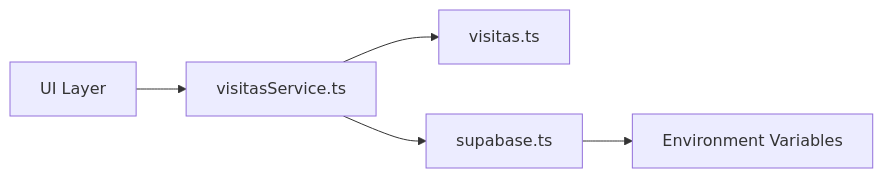
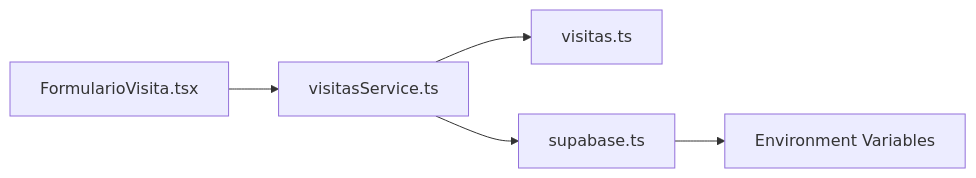
One commit to AgusCatra/simu-twin-web changed the fourth of 4 diagrams in .qoder/repowiki/en/content/Core Services & Business Logic/Visit Management Service.md. Above: the diagram before and after it, drawn with Mermaid. The commit also changed other lines of this file and 4 other files, not shown here.

````diff
--- a/.qoder/repowiki/en/content/Core Services & Business Logic/Visit Management Service.md
+++ b/.qoder/repowiki/en/content/Core Services & Business Logic/Visit Management Service.md
@@ -226,7 +306,7 @@
 ```mermaid
 graph LR
-UI["UI Layer"] --> SVC["visitasService.ts"]
+UI["FormularioVisita.tsx"] --> SVC["visitasService.ts"]
 SVC --> TYPES["visitas.ts"]
 SVC --> SUP["supabase.ts"]
 SUP --> ENV["Environment Variables"]
 ```
````
